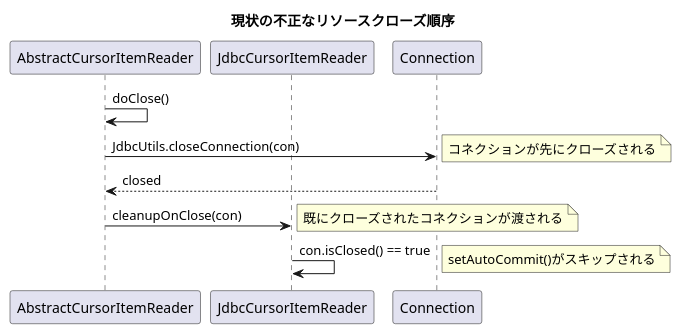
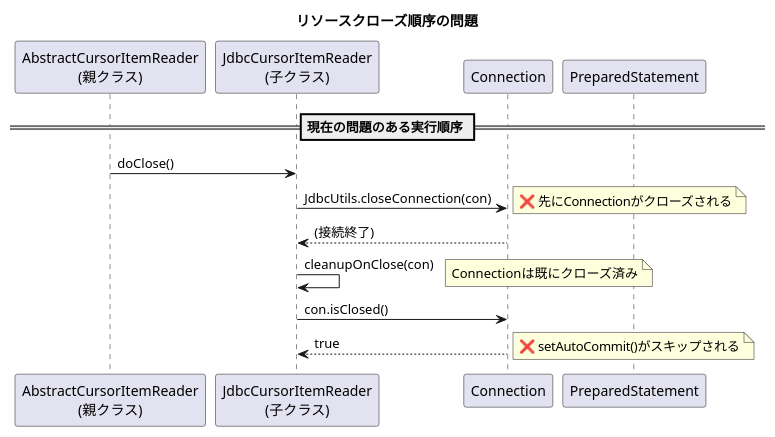
One commit to mochimoching/github_issue_translate changed the first of 2 diagrams in output/spring-batch/6.0.2/all/current/markdown/issues_summary/issue_5109.md. Above: the diagram before and after it, drawn with PlantUML. The commit also changed other lines of this file and 76 other files, not shown here.

````diff
--- a/output/spring-batch/6.0.2/all/current/markdown/issues_summary/issue_5109.md
+++ b/output/spring-batch/6.0.2/all/current/markdown/issues_summary/issue_5109.md
@@ -21,21 +11,25 @@
 ```plantuml
 @startuml
-title 現状の不正なリソースクローズ順序
+title リソースクローズ順序の問題
 
-participant "AbstractCursorItemReader" as Parent
-participant "JdbcCursorItemReader" as Child
-participant "Connection" as Conn
+participant "AbstractCursorItemReader\n(親クラス)" as Parent
+participant "JdbcCursorItemReader\n(子クラス)" as Child
+participant "Connection" as Con
+participant "PreparedStatement" as PS
 
-Parent -> Parent: doClose()
-Parent -> Conn: JdbcUtils.closeConnection(con)
-note right: コネクションが先にクローズされる
-Conn --> Parent: closed
+== 現在の問題のある実行順序 ==
 
-Parent -> Child: cleanupOnClose(con)
-note right: 既にクローズされたコネクションが渡される
+Parent -> Child: doClose()
+Child -> Con: JdbcUtils.closeConnection(con)
+note right: ❌ 先にConnectionがクローズされる
+Con --> Child: (接続終了)
 
-Child -> Child: con.isClosed() == true
-note right: setAutoCommit()がスキップされる
+Child -> Child: cleanupOnClose(con)
+note right: Connectionは既にクローズ済み
+
+Child -> Con: con.isClosed()
+Con --> Child: true
+note right: ❌ setAutoCommit()がスキップされる
 
 @enduml
 ```
````
